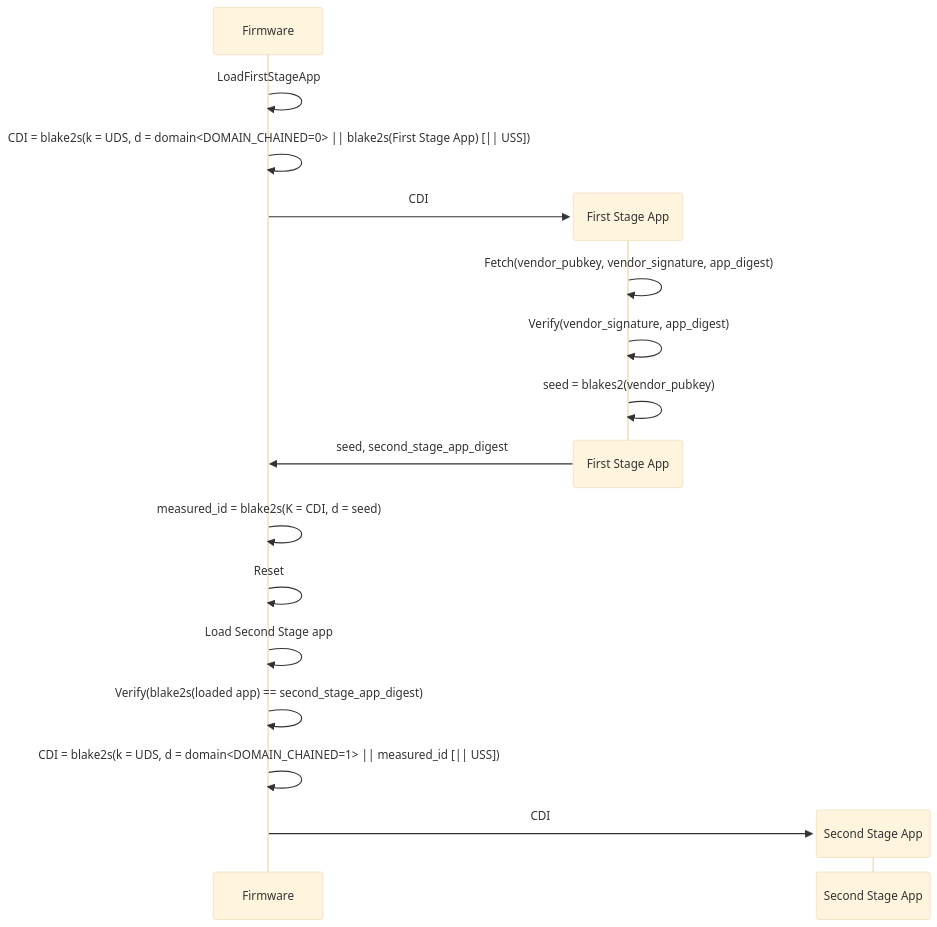
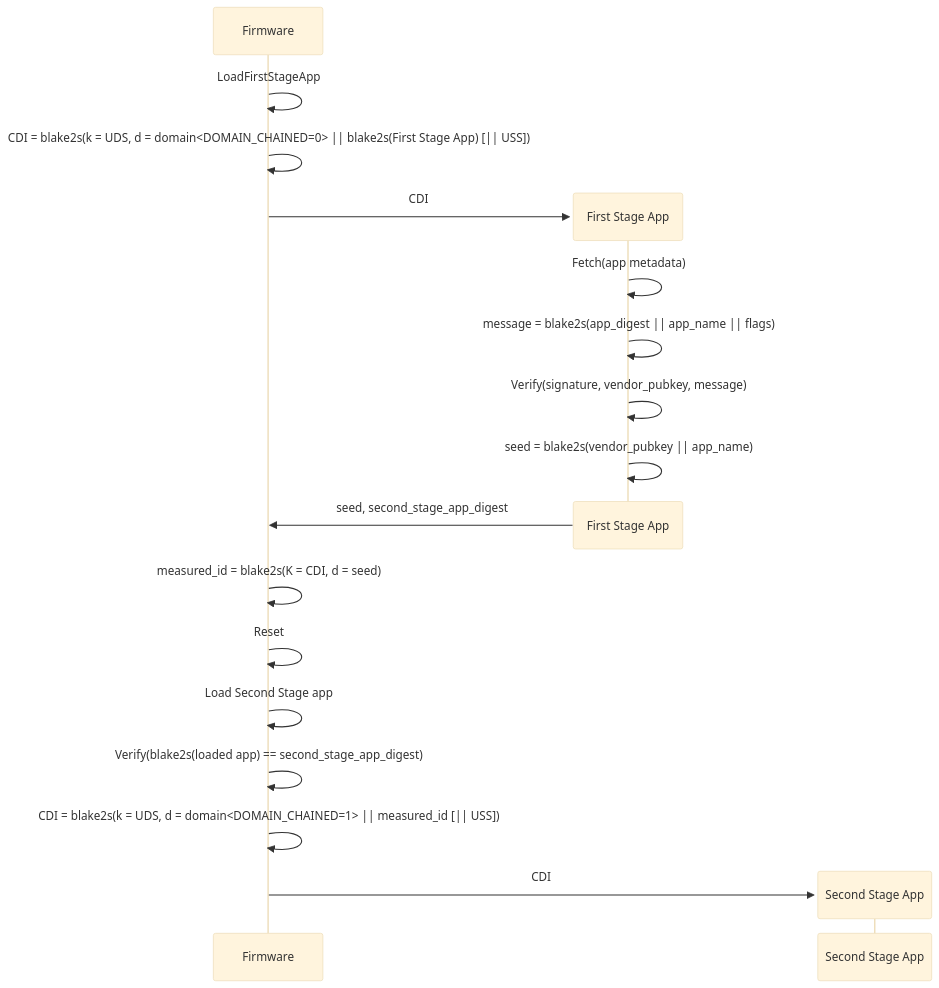
The first of 3 diagrams in doc/design.md (tillitis/tkey-boot-verifier), drawn with Mermaid (base theme) before and after one commit. The commit also changed other lines of this file, not shown here.

````diff
--- a/doc/design.md
+++ b/doc/design.md
@@ -163,19 +169,20 @@
 ```mermaid
 sequenceDiagram
     Firmware->>Firmware: LoadFirstStageApp
     Firmware->>Firmware: CDI = blake2s(k = UDS, d = domain<DOMAIN_CHAINED=0> || blake2s(First Stage App) [|| USS])
     create participant First Stage App
     Firmware->>First Stage App: CDI
-    First Stage App->>First Stage App: Fetch(vendor_pubkey, vendor_signature, app_digest)
-    First Stage App->>First Stage App: Verify(vendor_signature, app_digest)
-    First Stage App->>First Stage App: seed = blakes2(vendor_pubkey)
+    First Stage App->>First Stage App: Fetch(app metadata)
+    First Stage App->>First Stage App: message = blake2s(app_digest || app_name || flags)
+    First Stage App->>First Stage App: Verify(signature, vendor_pubkey, message)
+    First Stage App->>First Stage App: seed = blake2s(vendor_pubkey || app_name)
     destroy First Stage App
     First Stage App->>Firmware: seed, second_stage_app_digest
     Firmware->>Firmware: measured_id = blake2s(K = CDI, d = seed)
     Firmware->>Firmware: Reset
     Firmware->>Firmware: Load Second Stage app
     Firmware->>Firmware: Verify(blake2s(loaded app) == second_stage_app_digest)
     Firmware->>Firmware: CDI = blake2s(k = UDS, d = domain<DOMAIN_CHAINED=1> || measured_id [|| USS])
     create participant Second Stage App
     Firmware->>Second Stage App: CDI
 ```
````
